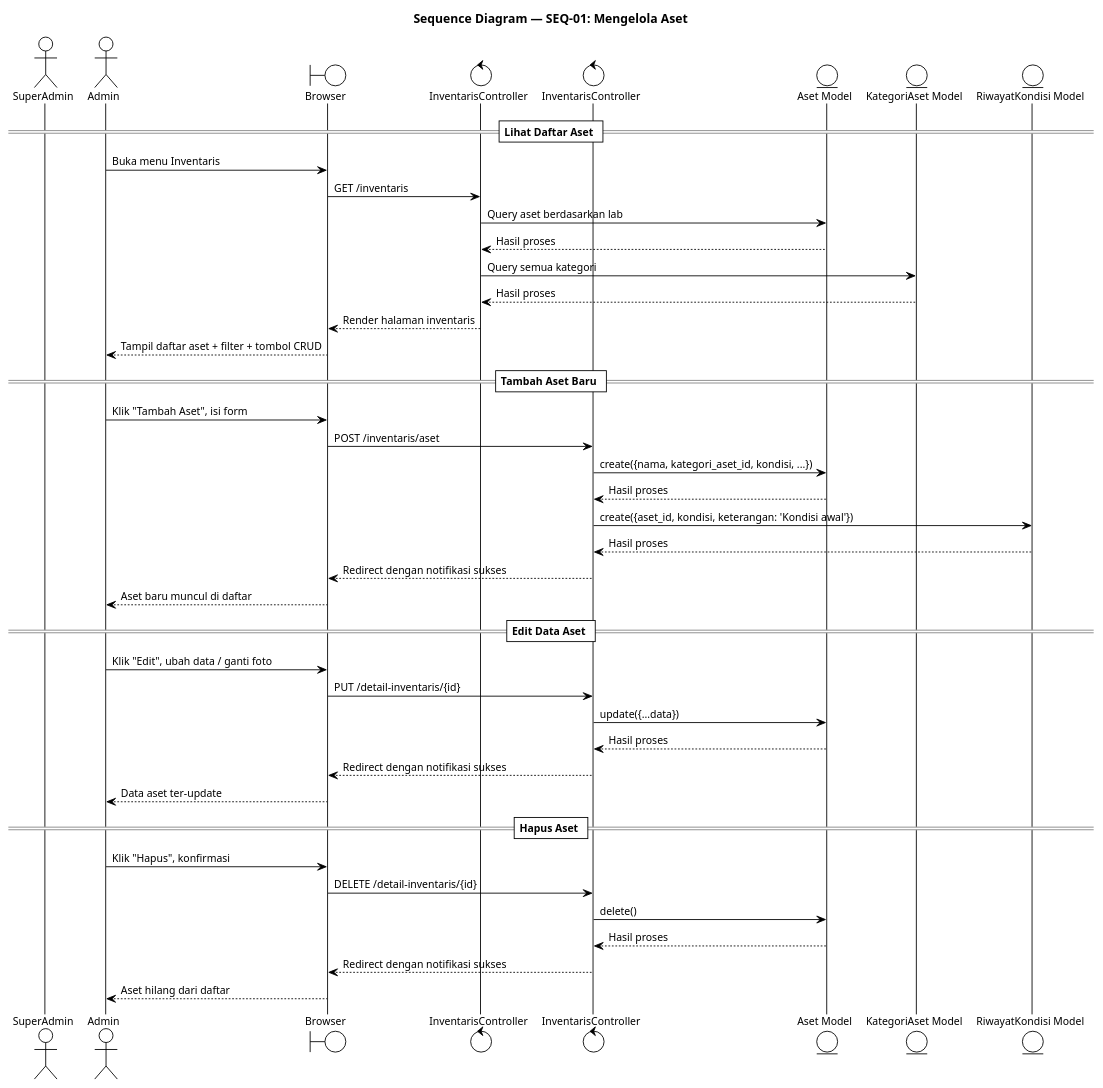
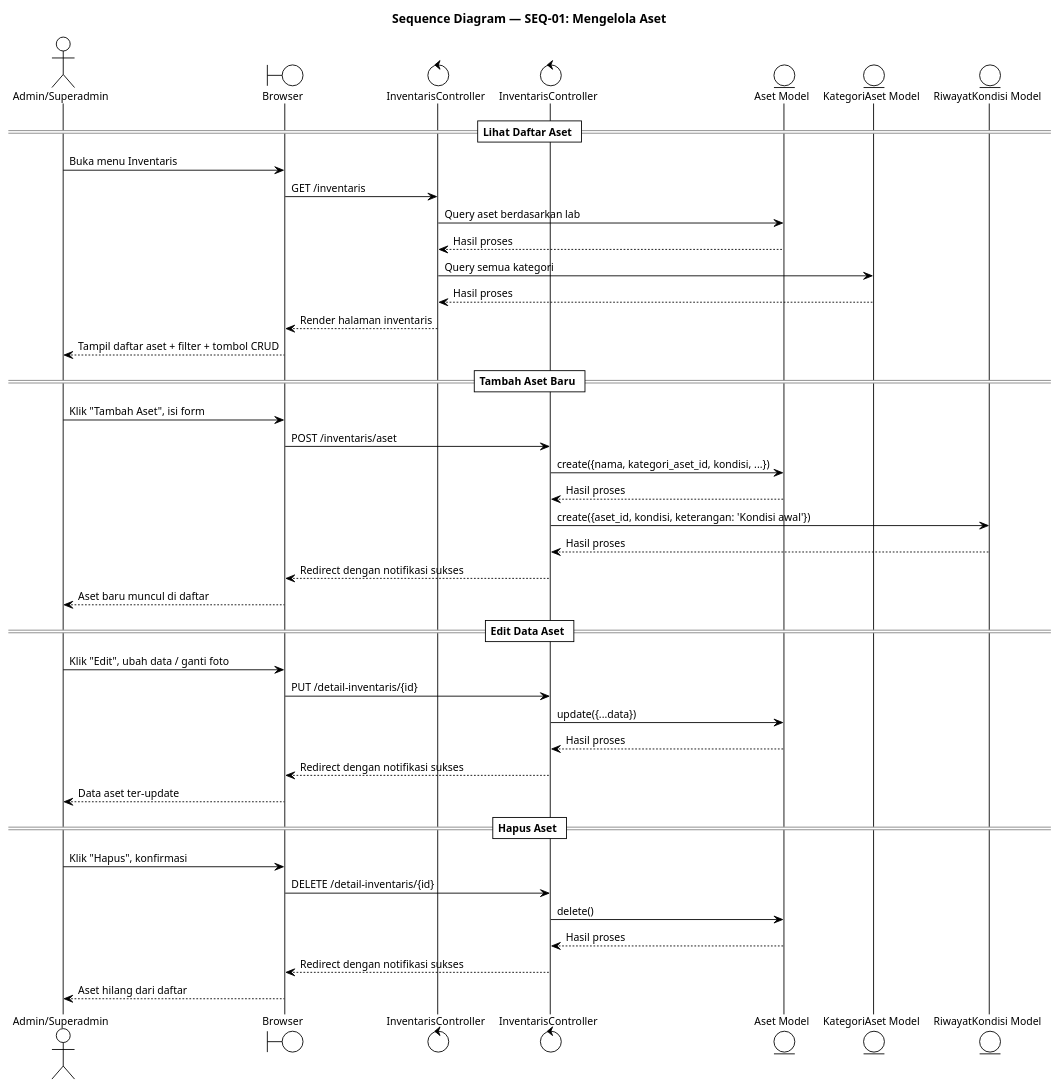
One commit to Habiboys/SILAB-DSI changed the diagram in docs/inventaris/sequence/SEQ_01_MENGELOLA_ASET.puml. Above: the diagram before and after it, drawn with PlantUML. The commit also changed 261 other files, not shown here.

```diff
--- a/docs/inventaris/sequence/SEQ_01_MENGELOLA_ASET.puml
+++ b/docs/inventaris/sequence/SEQ_01_MENGELOLA_ASET.puml
@@ -1,57 +1,55 @@
 @startuml SEQ_01_MENGELOLA_ASET
 !theme plain
 skinparam defaultFontSize 12
 skinparam TitleFontSize 14
 title Sequence Diagram — SEQ-01: Mengelola Aset
 
-actor       "SuperAdmin"                      as SuperAdmin
-
-actor       "Admin"                      as Admin
+actor       "Admin/Superadmin"                      as Admin
 boundary    "Browser"                    as Browser
 control     "InventarisController"       as CtrInv
 control     "InventarisController" as CtrDet
 entity      "Aset Model"           as ModelAset
 entity      "KategoriAset Model"         as ModelKA
 entity      "RiwayatKondisi Model"       as ModelRK
 
 == Lihat Daftar Aset ==
 
 Admin   -> Browser  : Buka menu Inventaris
 Browser -> CtrInv   : GET /inventaris
 CtrInv  -> ModelAset  : Query aset berdasarkan lab
 ModelAset --> CtrInv : Hasil proses
 CtrInv  -> ModelKA  : Query semua kategori
 ModelKA --> CtrInv : Hasil proses
 CtrInv  --> Browser : Render halaman inventaris
 Browser --> Admin   : Tampil daftar aset + filter + tombol CRUD
 
 == Tambah Aset Baru ==
 
 Admin   -> Browser  : Klik "Tambah Aset", isi form
 Browser -> CtrDet   : POST /inventaris/aset
 CtrDet  -> ModelAset  : create({nama, kategori_aset_id, kondisi, ...})
 ModelAset --> CtrDet : Hasil proses
 CtrDet  -> ModelRK  : create({aset_id, kondisi, keterangan: 'Kondisi awal'})
 ModelRK --> CtrDet : Hasil proses
 CtrDet  --> Browser : Redirect dengan notifikasi sukses
 Browser --> Admin   : Aset baru muncul di daftar
 
 == Edit Data Aset ==
 
 Admin   -> Browser  : Klik "Edit", ubah data / ganti foto
 Browser -> CtrDet   : PUT /detail-inventaris/{id}
 CtrDet  -> ModelAset  : update({...data})
 ModelAset --> CtrDet : Hasil proses
 CtrDet  --> Browser : Redirect dengan notifikasi sukses
 Browser --> Admin   : Data aset ter-update
 
 == Hapus Aset ==
 
 Admin   -> Browser  : Klik "Hapus", konfirmasi
 Browser -> CtrDet   : DELETE /detail-inventaris/{id}
 CtrDet  -> ModelAset  : delete()
 ModelAset --> CtrDet : Hasil proses
 CtrDet  --> Browser : Redirect dengan notifikasi sukses
 Browser --> Admin   : Aset hilang dari daftar
 
 @enduml
```
